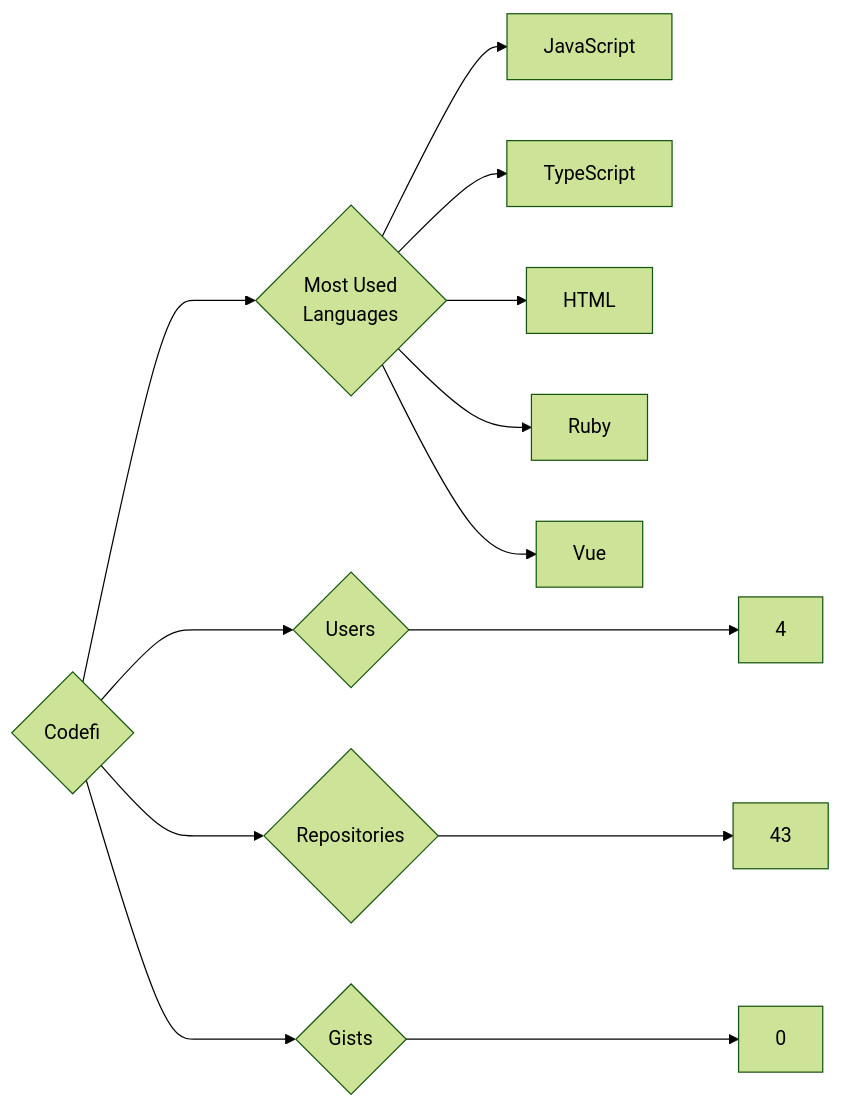
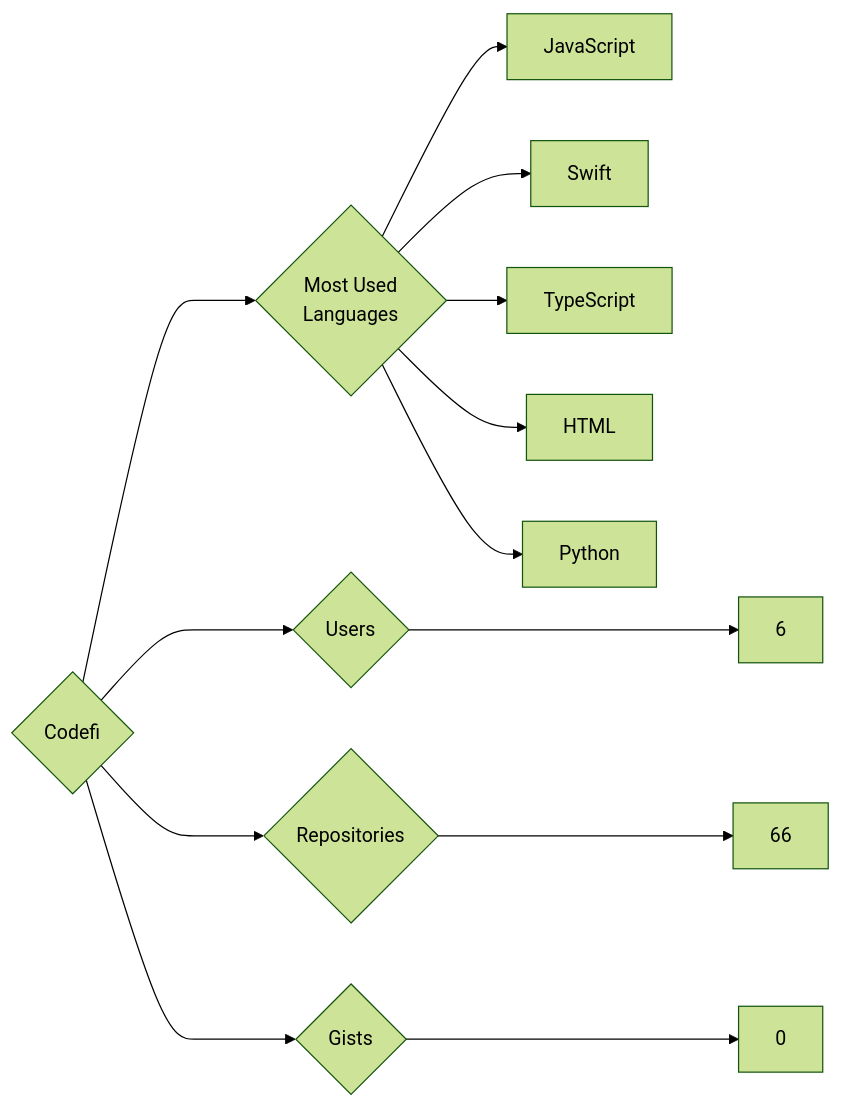
The diagram in targets/Codefi/README.md (trickest/insiders), drawn with Mermaid (forest theme) before and after one commit. The commit also changed 823 other files, not shown here.

````diff
--- a/targets/Codefi/README.md
+++ b/targets/Codefi/README.md
@@ -3,13 +3,13 @@
 ```mermaid
 graph LR
 COMPANY_NAME{Codefi}
-COMPANY_NAME ---> U{Users} ---> UN[4]
-COMPANY_NAME ---> R{Repositories} ---> RN[43]
+COMPANY_NAME ---> U{Users} ---> UN[6]
+COMPANY_NAME ---> R{Repositories} ---> RN[66]
 COMPANY_NAME ---> G{Gists} ---> GN[0]
 COMPANY_NAME ---> ML{Most Used<br>Languages}
 ML --> JavaScript[JavaScript]
+ML --> Swift[Swift]
 ML --> TypeScript[TypeScript]
 ML --> HTML[HTML]
-ML --> Ruby[Ruby]
-ML --> Vue[Vue]
+ML --> Python[Python]
 ```
````
